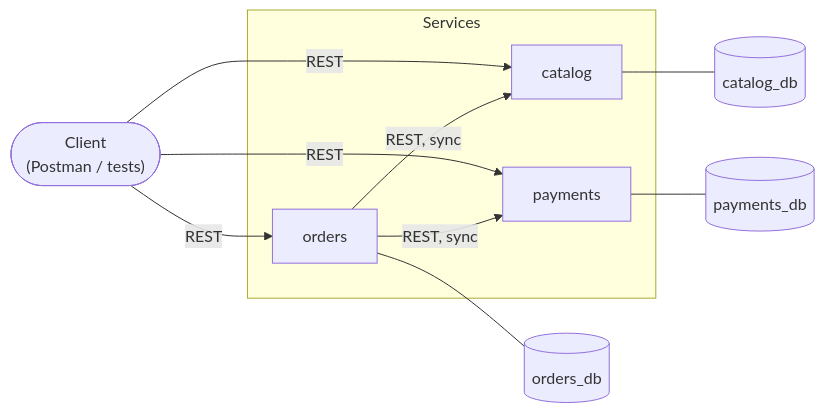
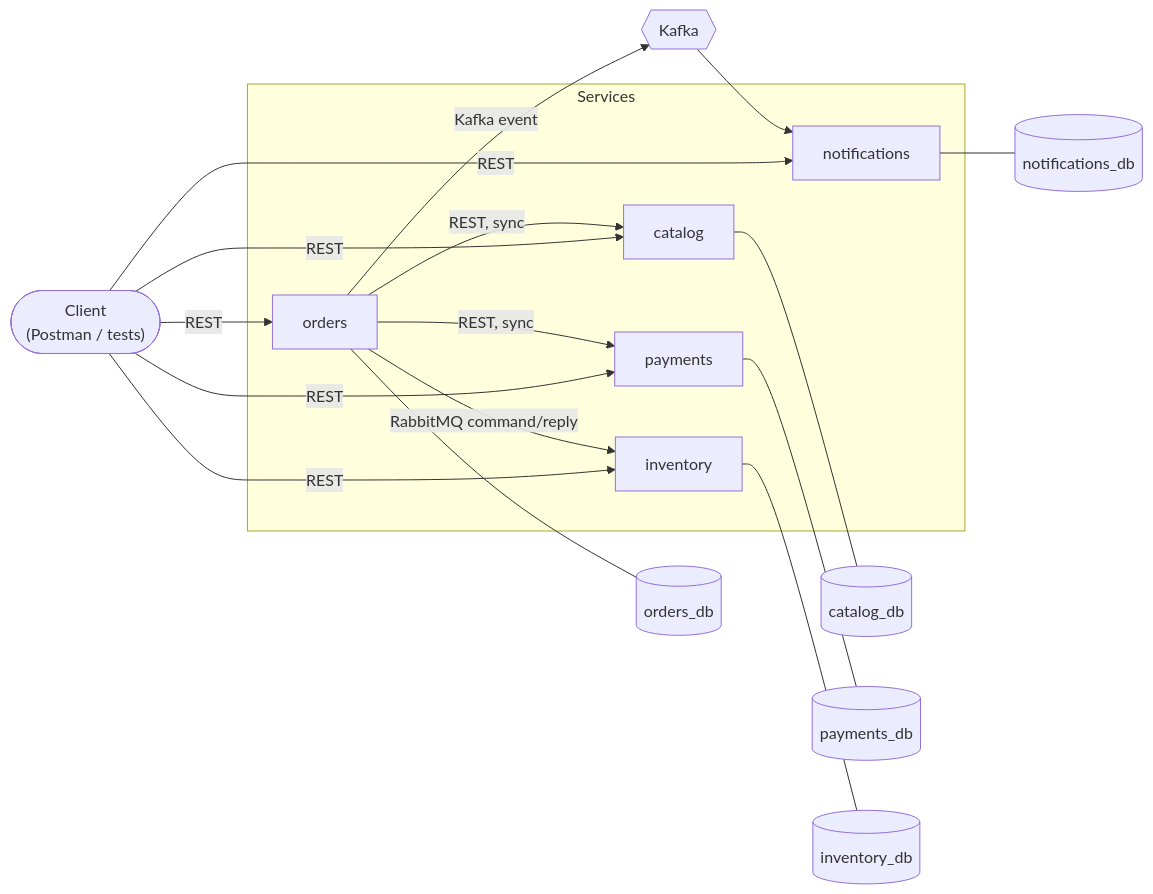
One commit to ArthurCorbellini/microwave changed the first of 2 diagrams in docs/architecture.md. Above: the diagram before and after it, drawn with Mermaid. The commit also changed other lines of this file and 3 other files, not shown here.

Commit message:
docs: update conventions, architecture, roadmap, and tech-debts for Phase 3

````diff
--- a/docs/architecture.md
+++ b/docs/architecture.md
@@ -9,20 +9,31 @@
 ```mermaid
 flowchart LR
     Client(["Client<br/>(Postman / tests)"])
 
     subgraph Services
         Catalog[catalog]
         Orders[orders]
         Payments[payments]
+        Inventory[inventory]
+        Notifications[notifications]
     end
+
+    Kafka{{Kafka}}
 
     Client -->|REST| Catalog
     Client -->|REST| Orders
     Client -->|REST| Payments
+    Client -->|REST| Inventory
+    Client -->|REST| Notifications
     Orders -->|REST, sync| Catalog
     Orders -->|REST, sync| Payments
+    Orders -->|"RabbitMQ command/reply"| Inventory
+    Orders -->|"Kafka event"| Kafka
+    Kafka --> Notifications
 
     Catalog --- CatalogDB[(catalog_db)]
     Orders --- OrdersDB[(orders_db)]
     Payments --- PaymentsDB[(payments_db)]
+    Inventory --- InventoryDB[(inventory_db)]
+    Notifications --- NotificationsDB[(notifications_db)]
 ```
````
